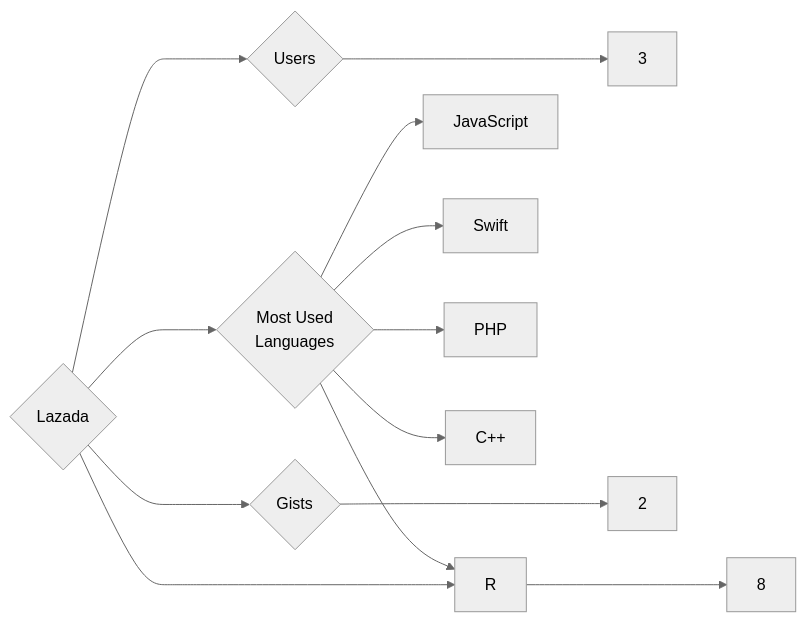
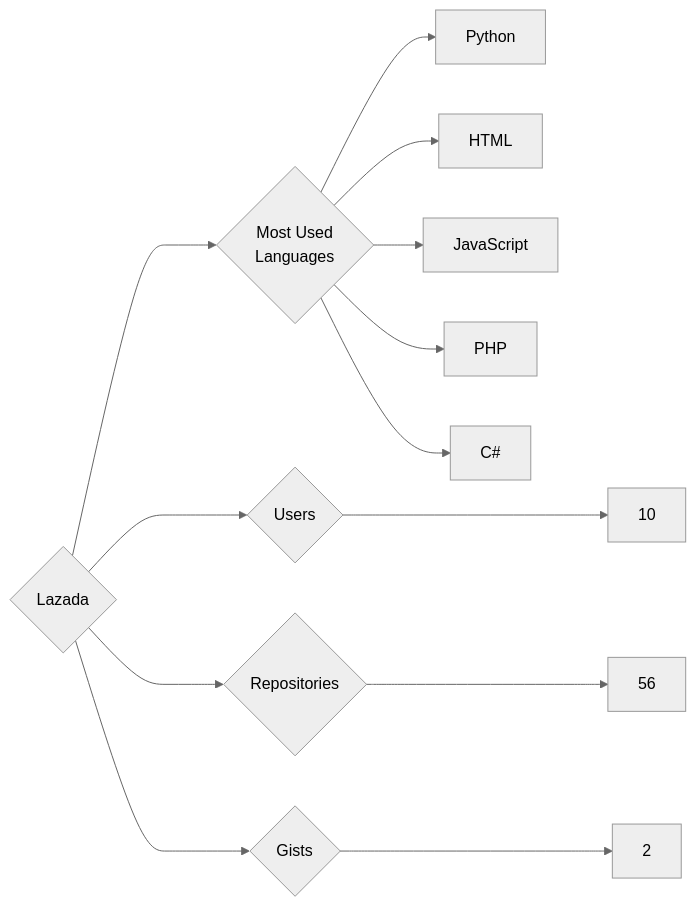
Before and after one commit to trickest/insiders: the diagram in targets/Lazada/README.md, drawn with Mermaid (neutral theme). The commit also changed 693 other files, not shown here.

````diff
--- a/targets/Lazada/README.md
+++ b/targets/Lazada/README.md
@@ -3,13 +3,13 @@
 ```mermaid
 graph LR
 COMPANY_NAME{Lazada}
-COMPANY_NAME ---> U{Users} ---> UN[3]
-COMPANY_NAME ---> R{Repositories} ---> RN[8]
+COMPANY_NAME ---> U{Users} ---> UN[10]
+COMPANY_NAME ---> R{Repositories} ---> RN[56]
 COMPANY_NAME ---> G{Gists} ---> GN[2]
 COMPANY_NAME ---> ML{Most Used<br>Languages}
+ML --> Python[Python]
+ML --> HTML[HTML]
 ML --> JavaScript[JavaScript]
-ML --> Swift[Swift]
-ML --> R[R]
 ML --> PHP[PHP]
-ML --> C++[C++]
+ML --> C#[C#]
 ```
````
